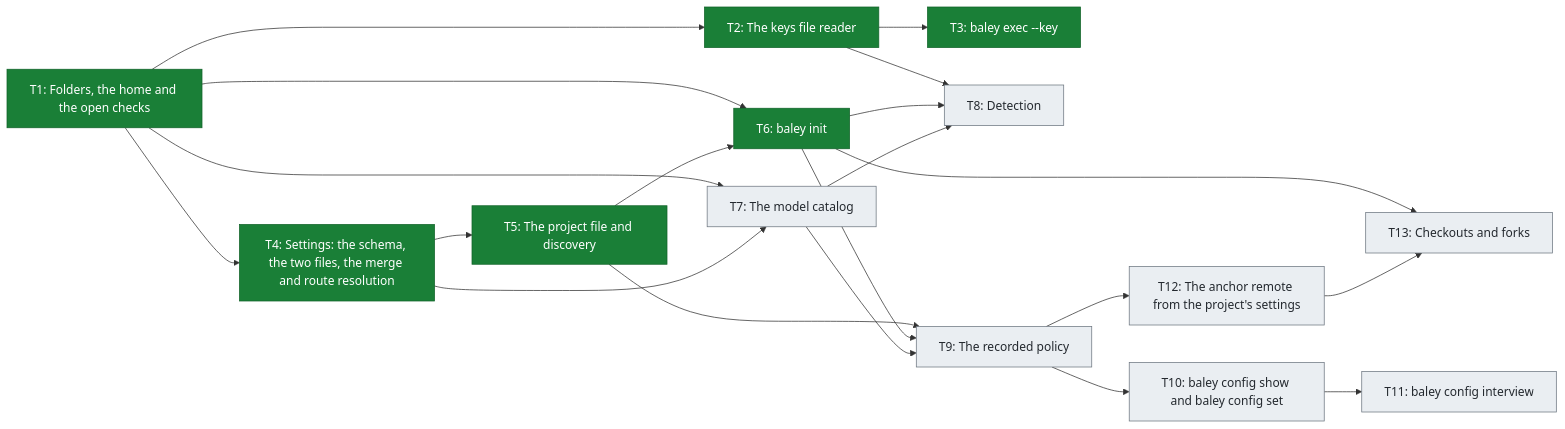
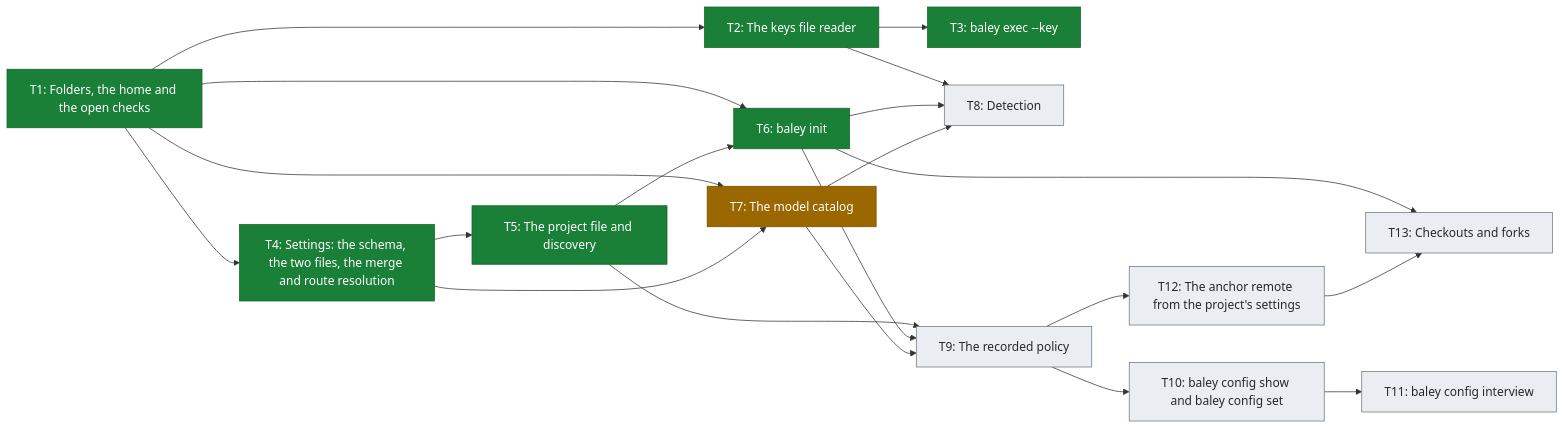
Before and after one commit to crenshawdev/baley: the third of 3 diagrams in docs/roadmap.md, drawn with Mermaid. The commit also changed other lines of this file, not shown here.

Commit message:
docs(roadmap): show Build 2 T7 in progress on the roadmap
The roadmap row rides with the task's pull request, so the model catalog
shows as in progress in the table, the figure and the status line.

````diff
--- a/docs/roadmap.md
+++ b/docs/roadmap.md
@@ -100,41 +100,43 @@
 ```mermaid
 flowchart LR
     T1["T1: Folders, the home and the open checks"]
     T2["T2: The keys file reader"]
     T3["T3: baley exec --key"]
     T4["T4: Settings: the schema, the two files, the merge and route resolution"]
     T5["T5: The project file and discovery"]
     T6["T6: baley init"]
     T7["T7: The model catalog"]
     T8["T8: Detection"]
     T9["T9: The recorded policy"]
     T10["T10: baley config show and baley config set"]
     T11["T11: baley config interview"]
     T12["T12: The anchor remote from the project's settings"]
     T13["T13: Checkouts and forks"]
 
     T1 --> T2
     T1 --> T4
     T1 --> T6
     T1 --> T7
     T2 --> T3
     T2 --> T8
     T4 --> T5
     T4 --> T7
     T5 --> T6
     T5 --> T9
     T6 --> T8
     T6 --> T9
     T6 --> T13
     T7 --> T8
     T7 --> T9
     T9 --> T10
     T9 --> T12
     T10 --> T11
     T12 --> T13
 
     classDef done fill:#1a7f37,stroke:#116329,color:#ffffff
     classDef planned fill:#eaeef2,stroke:#6e7781,color:#24292f
+    classDef progress fill:#9a6700,stroke:#7d4e00,color:#ffffff
     class T1,T2,T3,T4,T5,T6 done
-    class T7,T8,T9,T10,T11,T12,T13 planned
+    class T7 progress
+    class T8,T9,T10,T11,T12,T13 planned
 ```
````
